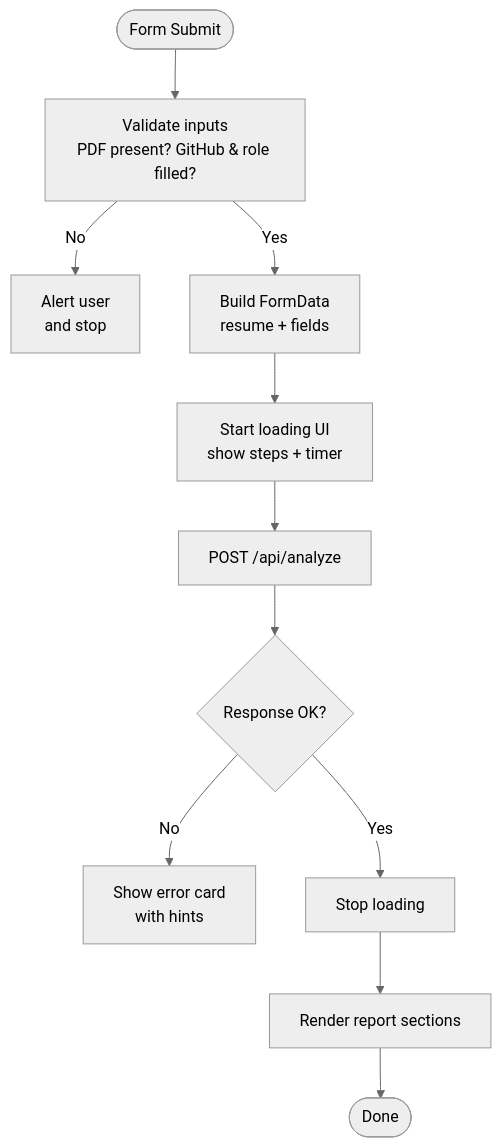
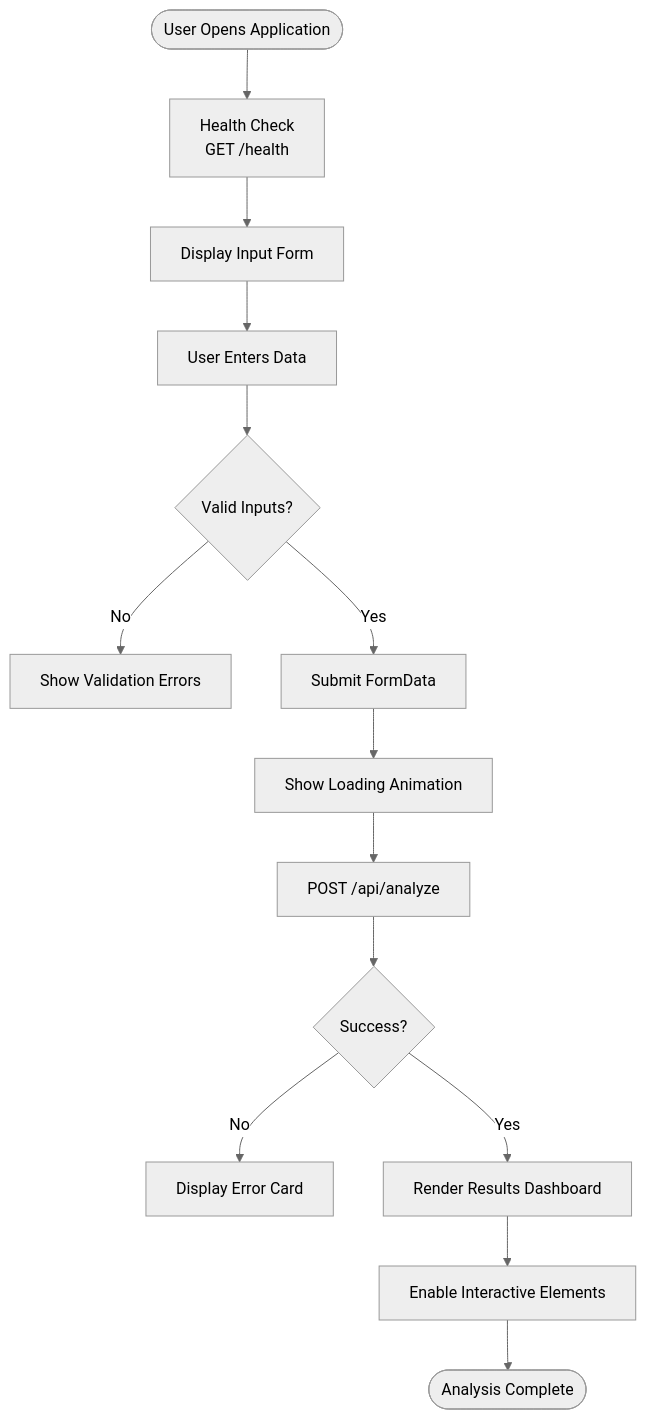
Before and after one commit to waqarimran342/CareerOS-AI: the third of 4 diagrams in .qoder/repowiki/en/content/Frontend Interface.md, drawn with Mermaid (neutral theme). The commit also changed other lines of this file and 32 other files, not shown here.

````diff
--- a/.qoder/repowiki/en/content/Frontend Interface.md
+++ b/.qoder/repowiki/en/content/Frontend Interface.md
@@ -134,13 +254,16 @@
 ```mermaid
 flowchart TD
-Start(["Form Submit"]) --> Validate["Validate inputs<br/>PDF present? GitHub & role filled?"]
-Validate --> |No| Alert["Alert user<br/>and stop"]
-Validate --> |Yes| BuildForm["Build FormData<br/>resume + fields"]
-BuildForm --> StartLoading["Start loading UI<br/>show steps + timer"]
-StartLoading --> CallAPI["POST /api/analyze"]
-CallAPI --> Resp{"Response OK?"}
-Resp --> |No| ShowError["Show error card<br/>with hints"]
-Resp --> |Yes| StopLoad["Stop loading"]
-StopLoad --> Render["Render report sections"]
-Render --> End(["Done"])
+Start(["User Opens Application"]) --> HealthCheck["Health Check<br/>GET /health"]
+HealthCheck --> FormDisplay["Display Input Form"]
+FormDisplay --> UserInput["User Enters Data"]
+UserInput --> Validation{"Valid Inputs?"}
+Validation --> |No| ShowErrors["Show Validation Errors"]
+Validation --> |Yes| SubmitForm["Submit FormData"]
+SubmitForm --> LoadingState["Show Loading Animation"]
+LoadingState --> APICall["POST /api/analyze"]
+APICall --> Response{"Success?"}
+Response --> |No| ErrorHandler["Display Error Card"]
+Response --> |Yes| RenderResults["Render Results Dashboard"]
+RenderResults --> InteractiveUI["Enable Interactive Elements"]
+InteractiveUI --> End(["Analysis Complete"])
 ```
````
